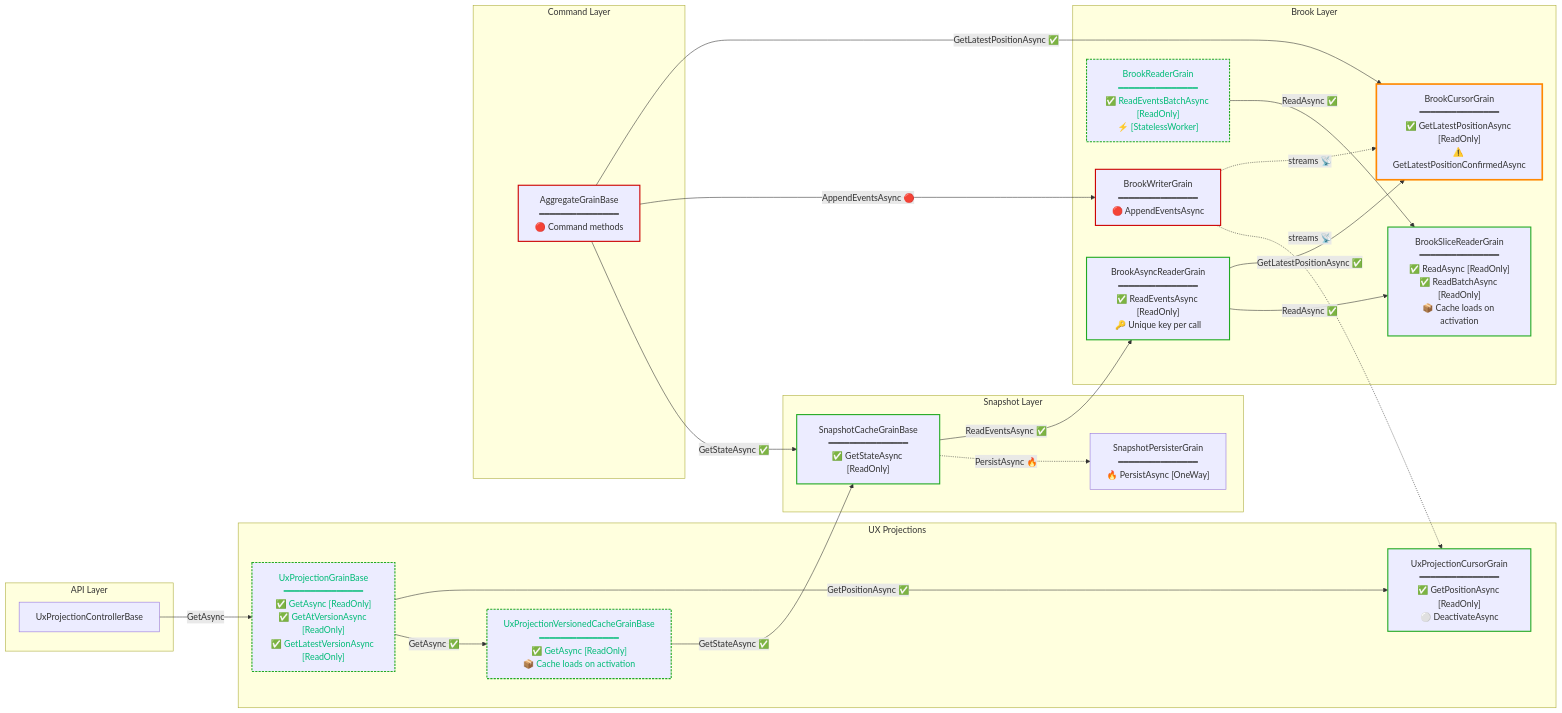
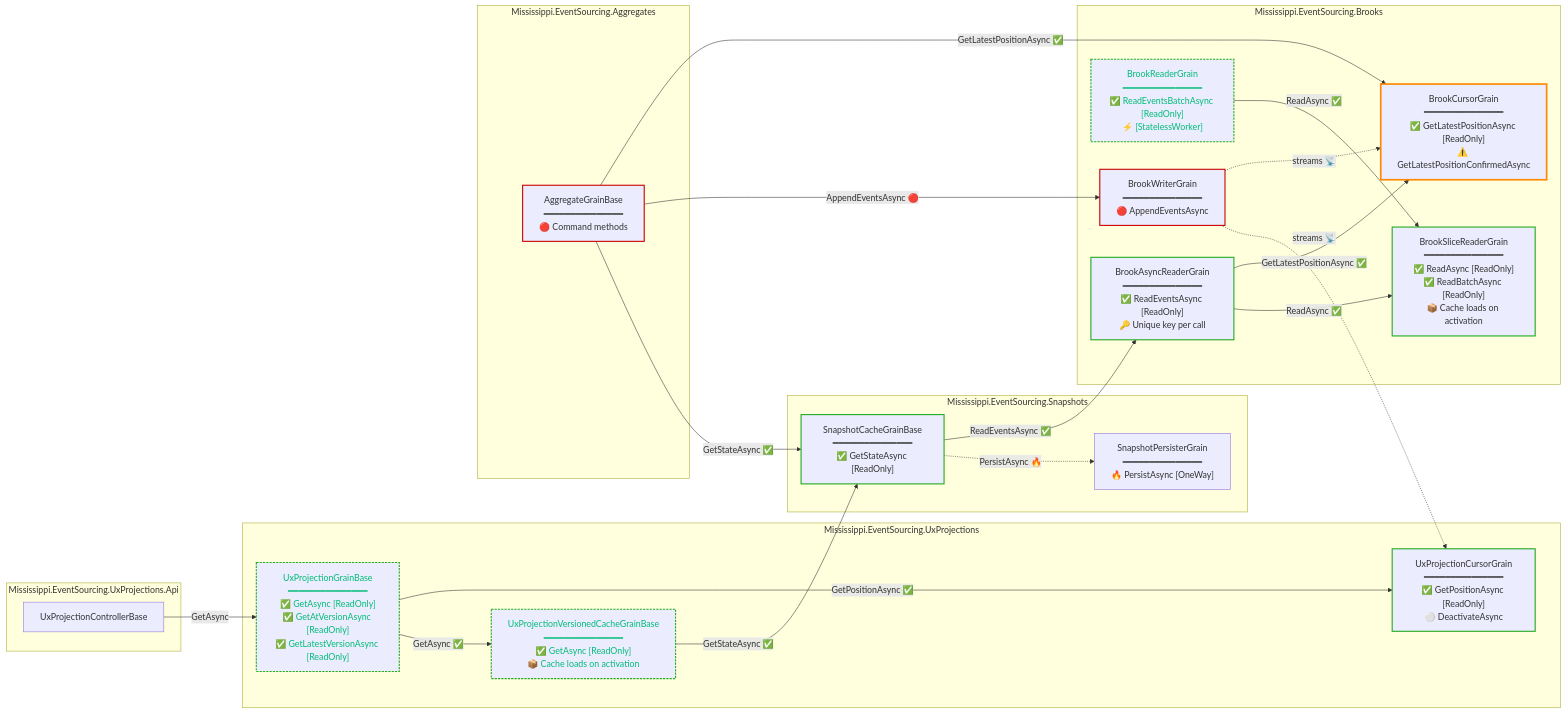
One commit to Gibbs-Morris/mississippi changed the diagram in docs/grain-read-write-paths.md. Above: the diagram before and after it, drawn with Mermaid. The commit also changed other lines of this file and 2 other files, not shown here.

Commit message:
Add namespace maps and update grain dependency diagrams for clarity

````diff
--- a/docs/grain-read-write-paths.md
+++ b/docs/grain-read-write-paths.md
@@ -27,69 +35,69 @@
 ```mermaid
 flowchart LR
-  subgraph API["API Layer"]
+  subgraph API["Mississippi.EventSourcing.UxProjections.Api"]
     UxApi["UxProjectionControllerBase"]
   end
 
-  subgraph UX["UX Projections"]
+  subgraph UX["Mississippi.EventSourcing.UxProjections"]
     UxProjection["UxProjectionGrainBase<br/>━━━━━━━━━━━━━━━<br/>✅ GetAsync [ReadOnly]<br/>✅ GetAtVersionAsync [ReadOnly]<br/>✅ GetLatestVersionAsync [ReadOnly]"]
     UxCursor["UxProjectionCursorGrain<br/>━━━━━━━━━━━━━━━<br/>✅ GetPositionAsync [ReadOnly]<br/>⚪ DeactivateAsync"]
     UxCache["UxProjectionVersionedCacheGrainBase<br/>━━━━━━━━━━━━━━━<br/>✅ GetAsync [ReadOnly]<br/>📦 Cache loads on activation"]
   end
 
-  subgraph Snapshots["Snapshot Layer"]
+  subgraph Snapshots["Mississippi.EventSourcing.Snapshots"]
     SnapshotCache["SnapshotCacheGrainBase<br/>━━━━━━━━━━━━━━━<br/>✅ GetStateAsync [ReadOnly]"]
     SnapshotPersister["SnapshotPersisterGrain<br/>━━━━━━━━━━━━━━━<br/>🔥 PersistAsync [OneWay]"]
   end
 
-  subgraph Brooks["Brook Layer"]
+  subgraph Brooks["Mississippi.EventSourcing.Brooks"]
     BrookWriter["BrookWriterGrain<br/>━━━━━━━━━━━━━━━<br/>🔴 AppendEventsAsync"]
     BrookCursor["BrookCursorGrain<br/>━━━━━━━━━━━━━━━<br/>✅ GetLatestPositionAsync [ReadOnly]<br/>⚠️ GetLatestPositionConfirmedAsync"]
     BrookReader["BrookReaderGrain<br/>━━━━━━━━━━━━━━━<br/>✅ ReadEventsBatchAsync [ReadOnly]<br/>⚡ [StatelessWorker]"]
     BrookAsyncReader["BrookAsyncReaderGrain<br/>━━━━━━━━━━━━━━━<br/>✅ ReadEventsAsync [ReadOnly]<br/>🔑 Unique key per call"]
     BrookSlice["BrookSliceReaderGrain<br/>━━━━━━━━━━━━━━━<br/>✅ ReadAsync [ReadOnly]<br/>✅ ReadBatchAsync [ReadOnly]<br/>📦 Cache loads on activation"]
   end
 
-  subgraph Aggregates["Command Layer"]
+  subgraph Aggregates["Mississippi.EventSourcing.Aggregates"]
     Aggregate["AggregateGrainBase<br/>━━━━━━━━━━━━━━━<br/>🔴 Command methods"]
   end
 
   %% API to UX
   UxApi -->|"GetAsync"| UxProjection
 
   %% UX internal reads
   UxProjection -->|"GetPositionAsync ✅"| UxCursor
   UxProjection -->|"GetAsync ✅"| UxCache
   UxCache -->|"GetStateAsync ✅"| SnapshotCache
 
   %% Snapshot to Brook reads
   SnapshotCache -->|"ReadEventsAsync ✅"| BrookAsyncReader
   SnapshotCache -.->|"PersistAsync 🔥"| SnapshotPersister
 
   %% Brook reader chain (batch path via StatelessWorker)
   BrookReader -->|"ReadAsync ✅"| BrookSlice
 
   %% Brook async reader chain (streaming path via unique keys)
   BrookAsyncReader -->|"GetLatestPositionAsync ✅"| BrookCursor
   BrookAsyncReader -->|"ReadAsync ✅"| BrookSlice
 
   %% Write path
   Aggregate -->|"GetLatestPositionAsync ✅"| BrookCursor
   Aggregate -->|"AppendEventsAsync 🔴"| BrookWriter
   Aggregate -->|"GetStateAsync ✅"| SnapshotCache
 
   %% Stream notifications
   BrookWriter -.->|"streams 📡"| BrookCursor
   BrookWriter -.->|"streams 📡"| UxCursor
 
   %% Styling
   class UxProjection,UxCache stateless
   class BrookReader stateless
   class UxProjection,UxCache,UxCursor,SnapshotCache,BrookReader,BrookAsyncReader,BrookSlice readonly
   class BrookCursor bottleneck
   class BrookWriter,Aggregate write
 
   classDef stateless stroke-dasharray: 4 2, stroke:#0b7, color:#0b7;
   classDef readonly stroke:#2a2, stroke-width:2px;
   classDef bottleneck stroke:#f80, stroke-width:3px;
   classDef write stroke:#c00, stroke-width:2px;
 ```
````
